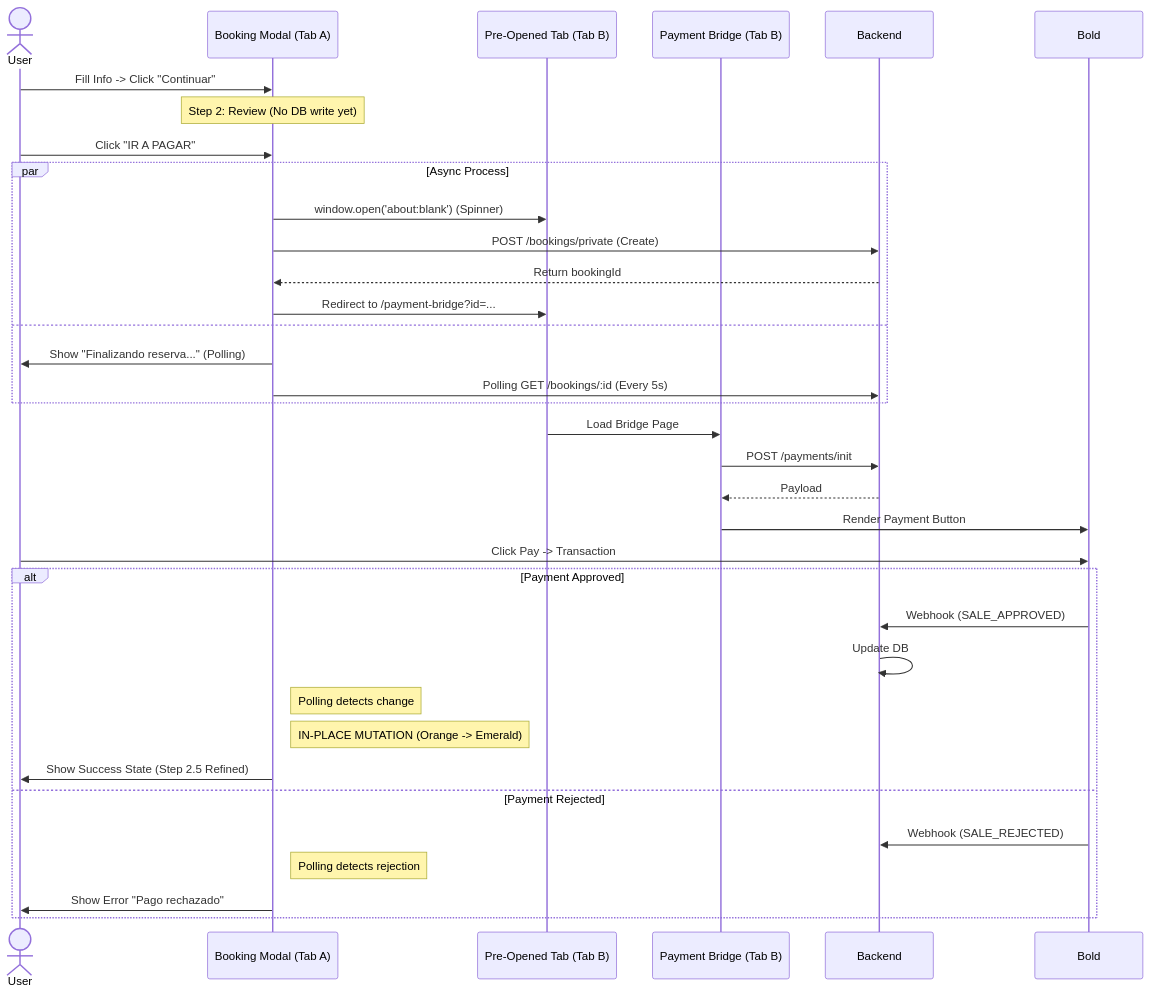
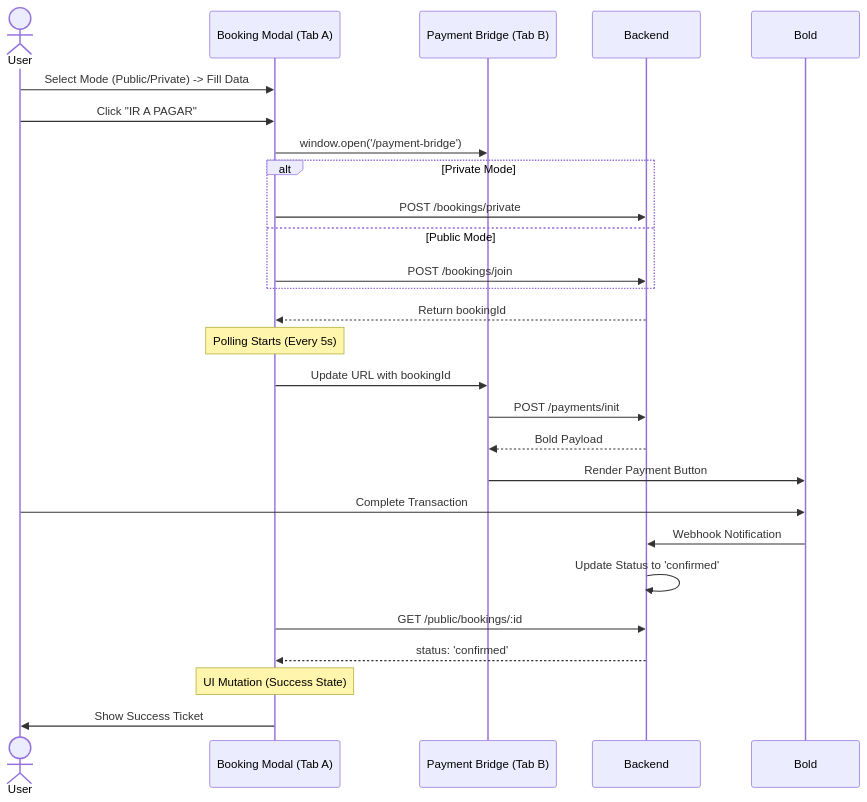
The diagram in frontend-docs/03-FLOWS.md (ChrisBeep98/NEVADOTREK.COM-V3.0-PROYECY), drawn with Mermaid before and after one commit. The commit also changed other lines of this file and 15 other files, not shown here.

````diff
--- a/frontend-docs/03-FLOWS.md
+++ b/frontend-docs/03-FLOWS.md
@@ -5,46 +5,38 @@
 ```mermaid
 sequenceDiagram
     actor User
     participant MainTab as Booking Modal (Tab A)
-    participant PreTab as Pre-Opened Tab (Tab B)
     participant Bridge as Payment Bridge (Tab B)
     participant Backend
     participant Bold
 
-    User->>MainTab: Fill Info -> Click "Continuar"
-    Note over MainTab: Step 2: Review (No DB write yet)
-    
+    User->>MainTab: Select Mode (Public/Private) -> Fill Data
     User->>MainTab: Click "IR A PAGAR"
     
-    par Async Process
-        MainTab->>PreTab: window.open('about:blank') (Spinner)
-        MainTab->>Backend: POST /bookings/private (Create)
-        Backend-->>MainTab: Return bookingId
-        
-        MainTab->>PreTab: Redirect to /payment-bridge?id=...
-    and
-        MainTab->>User: Show "Finalizando reserva..." (Polling)
-        MainTab->>Backend: Polling GET /bookings/:id (Every 5s)
+    MainTab->>Bridge: window.open('/payment-bridge')
+    
+    alt Private Mode
+        MainTab->>Backend: POST /bookings/private
+    else Public Mode
+        MainTab->>Backend: POST /bookings/join
     end
     
-    PreTab->>Bridge: Load Bridge Page
+    Backend-->>MainTab: Return bookingId
+    Note over MainTab: Polling Starts (Every 5s)
+    
+    MainTab->>Bridge: Update URL with bookingId
     Bridge->>Backend: POST /payments/init
-    Backend-->>Bridge: Payload
+    Backend-->>Bridge: Bold Payload
     Bridge->>Bold: Render Payment Button
     
-    User->>Bold: Click Pay -> Transaction
+    User->>Bold: Complete Transaction
+    Bold->>Backend: Webhook Notification
     
-    alt Payment Approved
-        Bold->>Backend: Webhook (SALE_APPROVED)
-        Backend->>Backend: Update DB
-        
-        Note right of MainTab: Polling detects change
-        Note right of MainTab: IN-PLACE MUTATION (Orange -> Emerald)
-        MainTab->>User: Show Success State (Step 2.5 Refined)
-    else Payment Rejected
-        Bold->>Backend: Webhook (SALE_REJECTED)
-        
-        Note right of MainTab: Polling detects rejection
-        MainTab->>User: Show Error "Pago rechazado"
-    end
+    Backend->>Backend: Update Status to 'confirmed'
+    
+    MainTab->>Backend: GET /public/bookings/:id
+    Backend-->>MainTab: status: 'confirmed'
+    
+    Note over MainTab: UI Mutation (Success State)
+    MainTab->>User: Show Success Ticket
 ```
````
